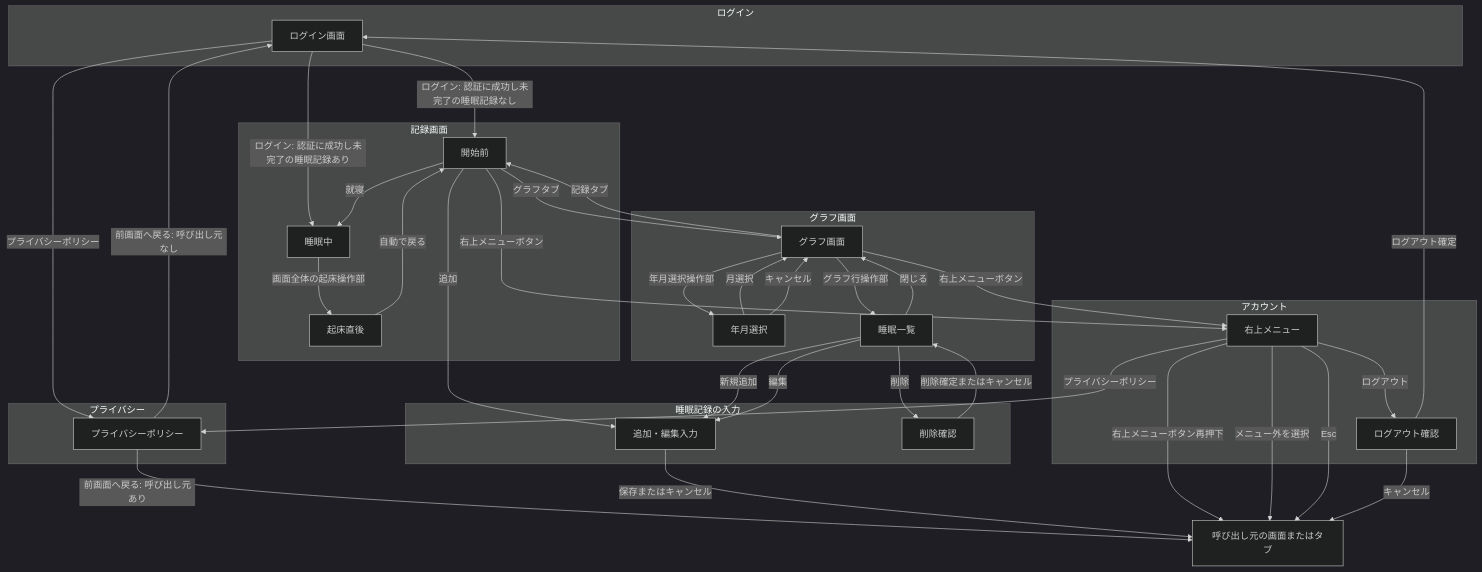
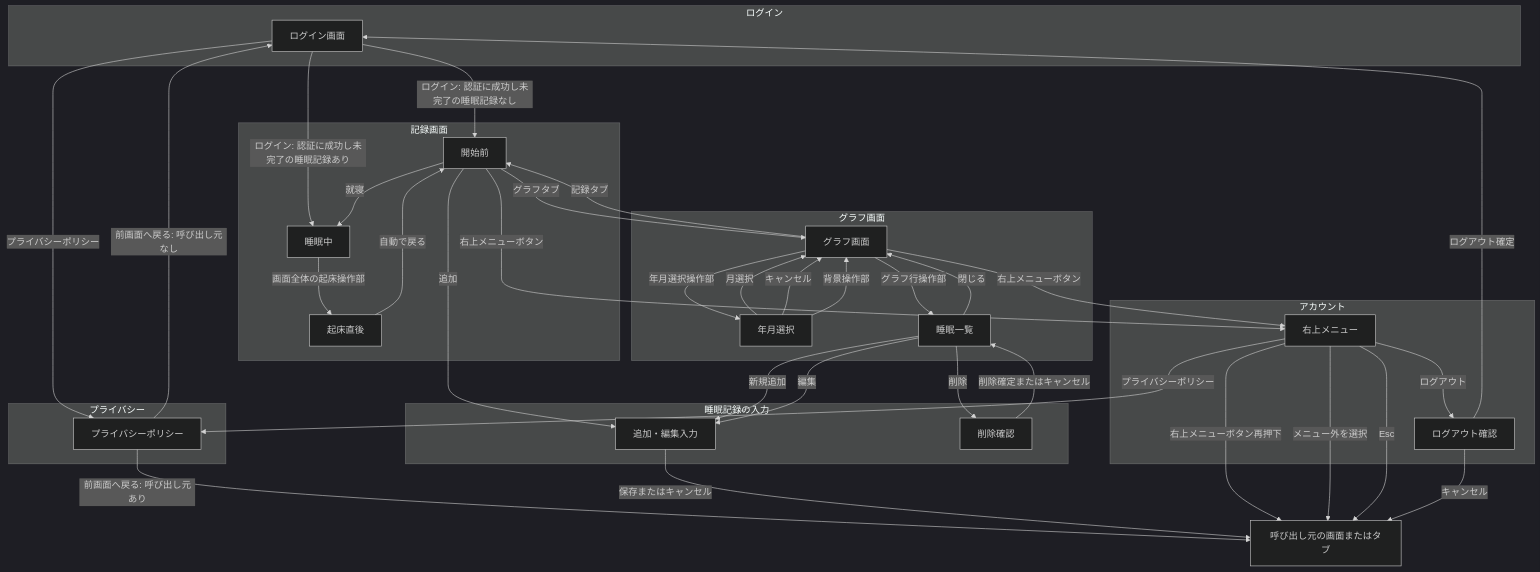
The diagram in docs/v0/specification.md (mimijima/SleepLog), drawn with Mermaid (dark theme) before and after one commit. The commit also changed other lines of this file and 8 other files, not shown here.

````diff
--- a/docs/v0/specification.md
+++ b/docs/v0/specification.md
@@ -90,68 +90,69 @@
 ```mermaid
 flowchart TD
     subgraph loginCategory["ログイン"]
         loginScreen["ログイン画面"]
     end
 
     subgraph recordCategory["記録画面"]
         recordStart["開始前"]
         sleepingScreen["睡眠中"]
         wakeComplete["起床直後"]
     end
 
     subgraph graphCategory["グラフ画面"]
         graphScreen["グラフ画面"]
         monthPicker["年月選択"]
         sleepList["睡眠一覧"]
     end
 
     subgraph inputCategory["睡眠記録の入力"]
         recordInput["追加・編集入力"]
         deleteConfirm["削除確認"]
     end
 
     subgraph privacyCategory["プライバシー"]
         privacyPolicy["プライバシーポリシー"]
     end
 
     subgraph accountCategory["アカウント"]
         accountMenu["右上メニュー"]
         logoutConfirm["ログアウト確認"]
     end
 
     caller["呼び出し元の画面またはタブ"]
 
     loginScreen -->|プライバシーポリシー| privacyPolicy
     privacyPolicy -->|前画面へ戻る: 呼び出し元あり| caller
     privacyPolicy -->|前画面へ戻る: 呼び出し元なし| loginScreen
     loginScreen -->|ログイン: 認証に成功し未完了の睡眠記録なし| recordStart
     loginScreen -->|ログイン: 認証に成功し未完了の睡眠記録あり| sleepingScreen
 
     recordStart -->|就寝| sleepingScreen
     sleepingScreen -->|画面全体の起床操作部| wakeComplete
     wakeComplete -->|自動で戻る| recordStart
     recordStart -->|グラフタブ| graphScreen
     graphScreen -->|記録タブ| recordStart
     recordStart -->|追加| recordInput
 
     graphScreen -->|年月選択操作部| monthPicker
     monthPicker -->|月選択| graphScreen
     monthPicker -->|キャンセル| graphScreen
+    monthPicker -->|背景操作部| graphScreen
     graphScreen -->|グラフ行操作部| sleepList
     sleepList -->|閉じる| graphScreen
     sleepList -->|新規追加| recordInput
     sleepList -->|編集| recordInput
     recordInput -->|保存またはキャンセル| caller
     sleepList -->|削除| deleteConfirm
     deleteConfirm -->|削除確定またはキャンセル| sleepList
 
     recordStart -->|右上メニューボタン| accountMenu
     graphScreen -->|右上メニューボタン| accountMenu
     accountMenu -->|右上メニューボタン再押下| caller
     accountMenu -->|メニュー外を選択| caller
     accountMenu -->|Esc| caller
     accountMenu -->|プライバシーポリシー| privacyPolicy
     accountMenu -->|ログアウト| logoutConfirm
     logoutConfirm -->|ログアウト確定| loginScreen
     logoutConfirm -->|キャンセル| caller
 ```
````
